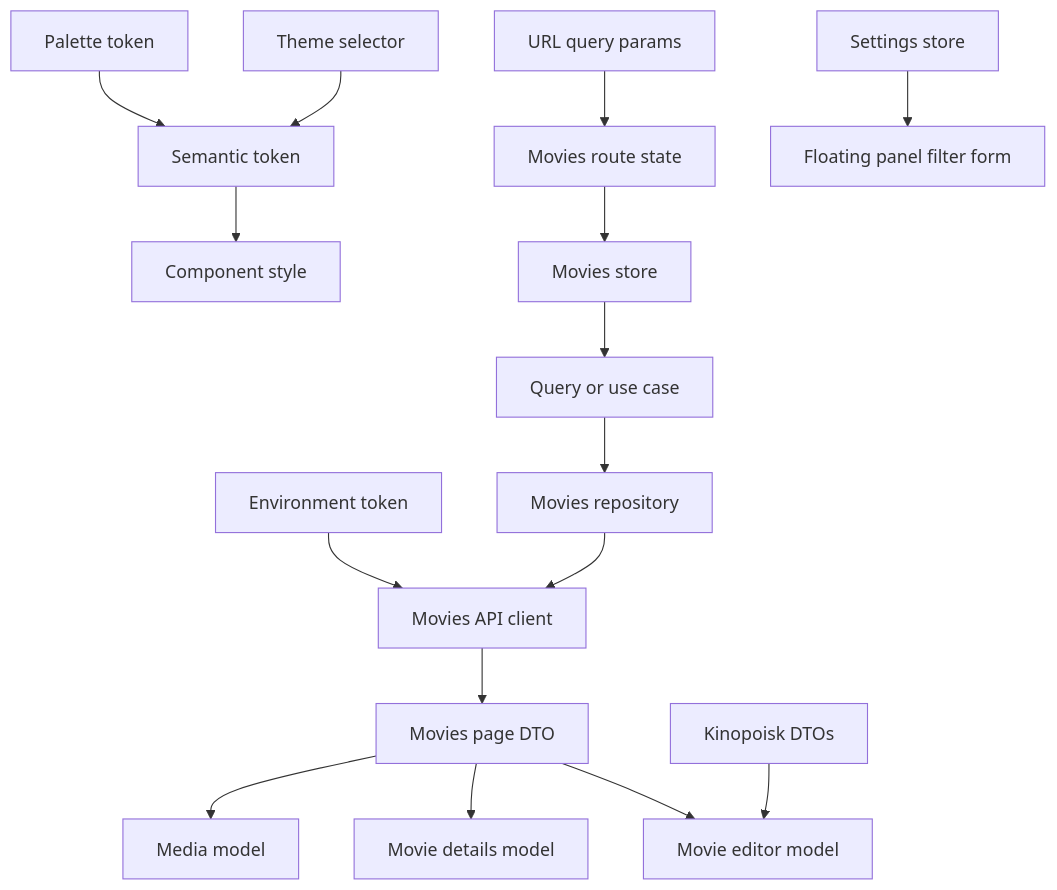
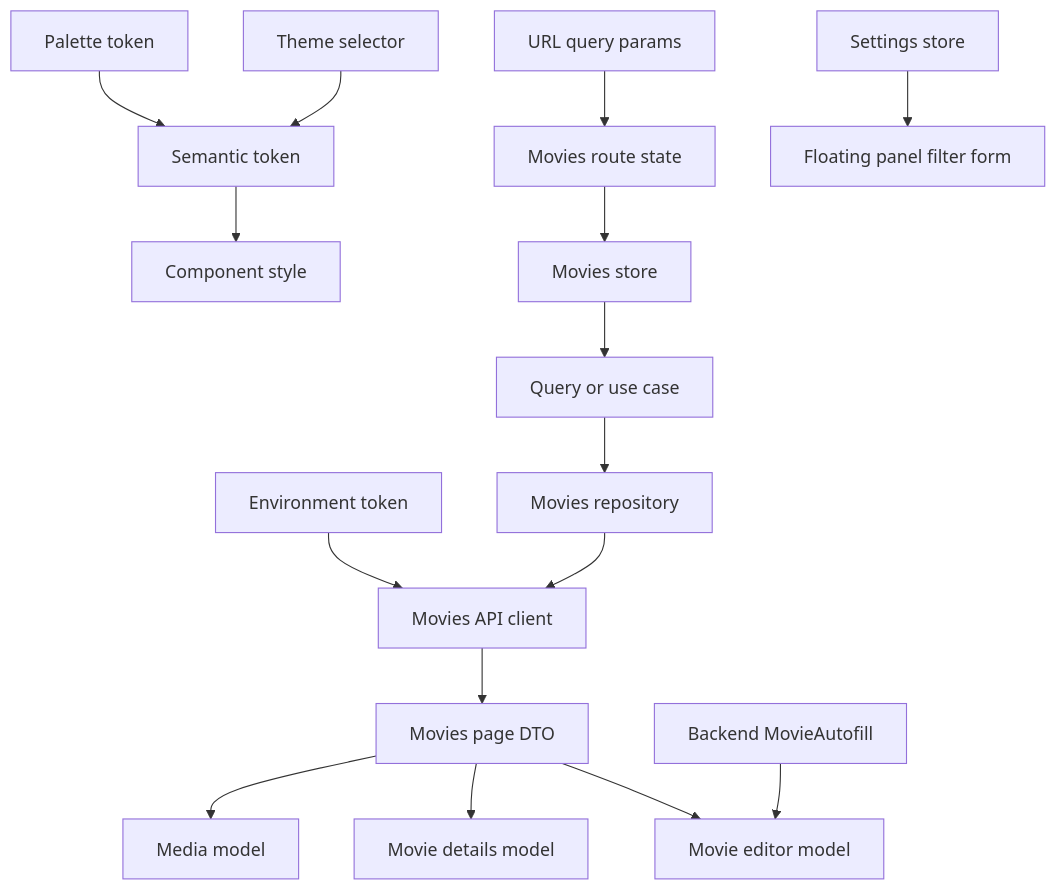
One commit to Zwezh/media-shelf changed the diagram in lode/terminology.md. Above: the diagram before and after it, drawn with Mermaid. The commit also changed other lines of this file and 23 other files, not shown here.

Commit message:
feat: request Kinopoisk autofill through backend

````diff
--- a/lode/terminology.md
+++ b/lode/terminology.md
@@ -55,18 +55,18 @@
 ```mermaid
 flowchart TD
   Palette[Palette token] --> Semantic[Semantic token]
   Semantic --> Component[Component style]
   Theme[Theme selector] --> Semantic
   Query[URL query params] --> RouteState[Movies route state]
   RouteState --> Store[Movies store]
   Store --> Application[Query or use case]
   Application --> Repository[Movies repository]
   Environment[Environment token] --> Client[Movies API client]
   Repository --> Client
   SettingsStore[Settings store] --> FilterPanel[Floating panel filter form]
   Client --> DTO[Movies page DTO]
   DTO --> Model[Media model]
   DTO --> Details[Movie details model]
   DTO --> Editor[Movie editor model]
-  Kinopoisk[Kinopoisk DTOs] --> Editor
+  Autofill[Backend MovieAutofill] --> Editor
 ```
````
